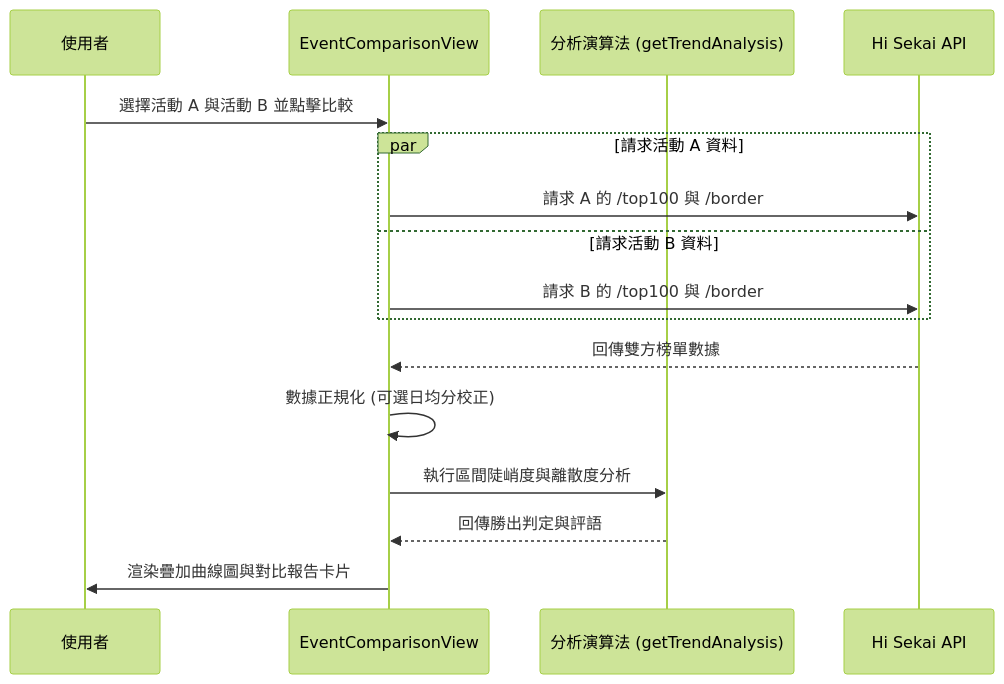
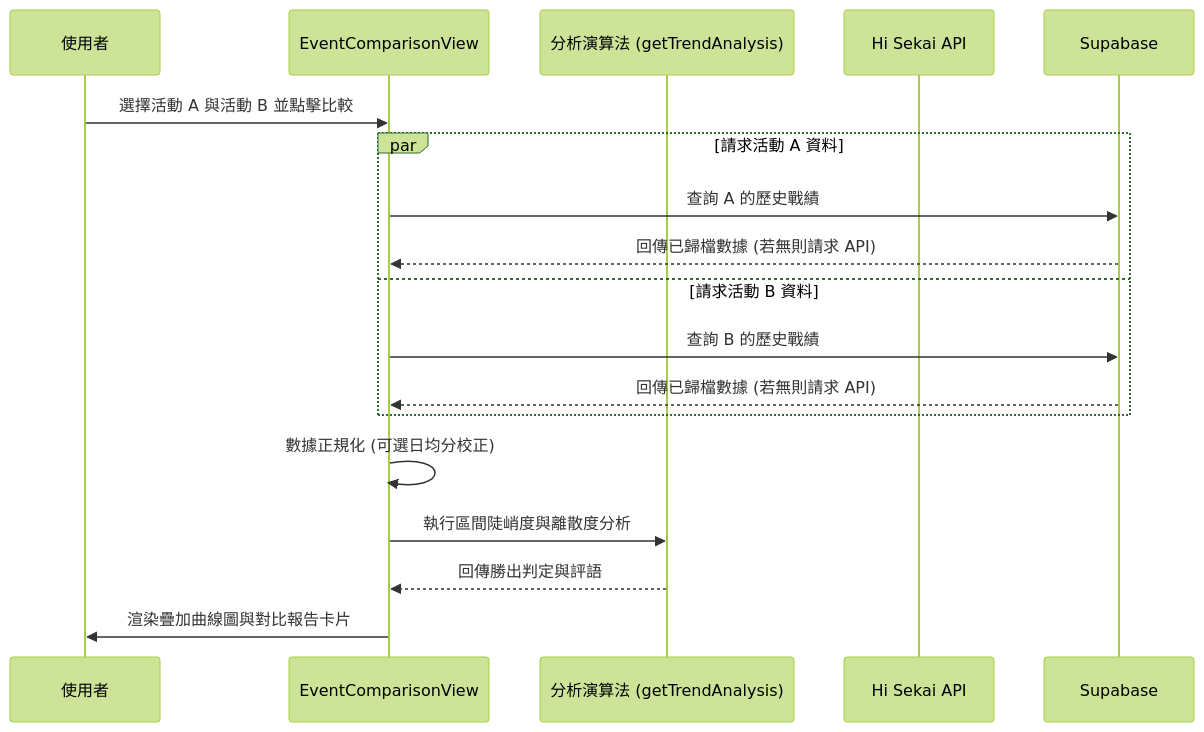
One commit to rockzerox/Project-Sekai-Ranking changed the diagram in docs/PAGE_EVENT_COMPARISON.md. Above: the diagram before and after it, drawn with Mermaid (forest theme). The commit also changed other lines of this file and 65 other files, not shown here.

````diff
--- a/docs/PAGE_EVENT_COMPARISON.md
+++ b/docs/PAGE_EVENT_COMPARISON.md
@@ -99,19 +101,21 @@
 ```mermaid
 sequenceDiagram
     participant User as 使用者
     participant View as EventComparisonView
     participant Logic as 分析演算法 (getTrendAnalysis)
     participant API as Hi Sekai API
+    participant DB as Supabase
 
     User->>View: 選擇活動 A 與活動 B 並點擊比較
     par 請求活動 A 資料
-        View->>API: 請求 A 的 /top100 與 /border
+        View->>DB: 查詢 A 的歷史戰績
+        DB-->>View: 回傳已歸檔數據 (若無則請求 API)
     and 請求活動 B 資料
-        View->>API: 請求 B 的 /top100 與 /border
+        View->>DB: 查詢 B 的歷史戰績
+        DB-->>View: 回傳已歸檔數據 (若無則請求 API)
     end
-    API-->>View: 回傳雙方榜單數據
     View->>View: 數據正規化 (可選日均分校正)
     View->>Logic: 執行區間陡峭度與離散度分析
     Logic-->>View: 回傳勝出判定與評語
     View->>User: 渲染疊加曲線圖與對比報告卡片
 ```
````
